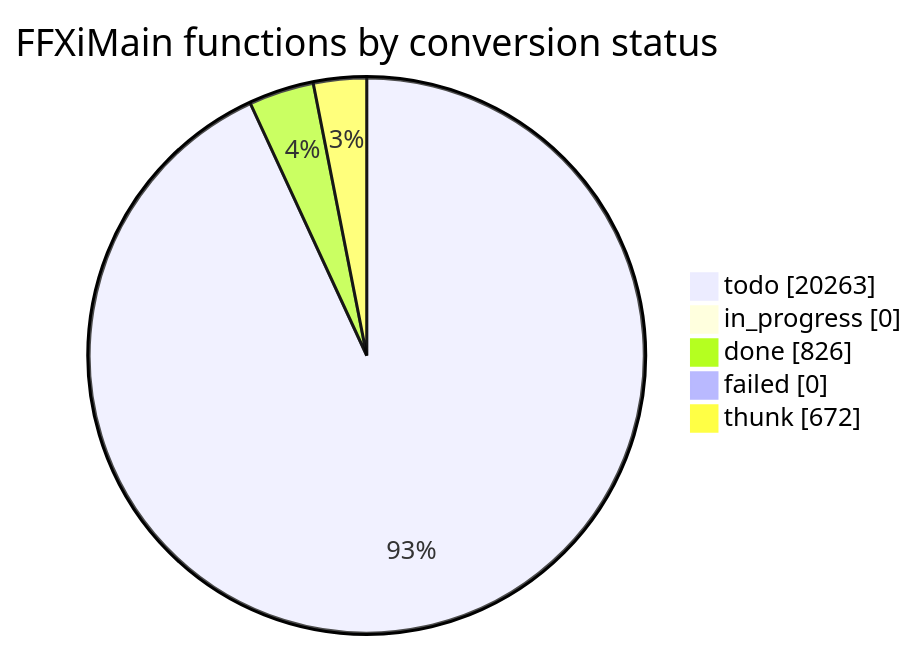
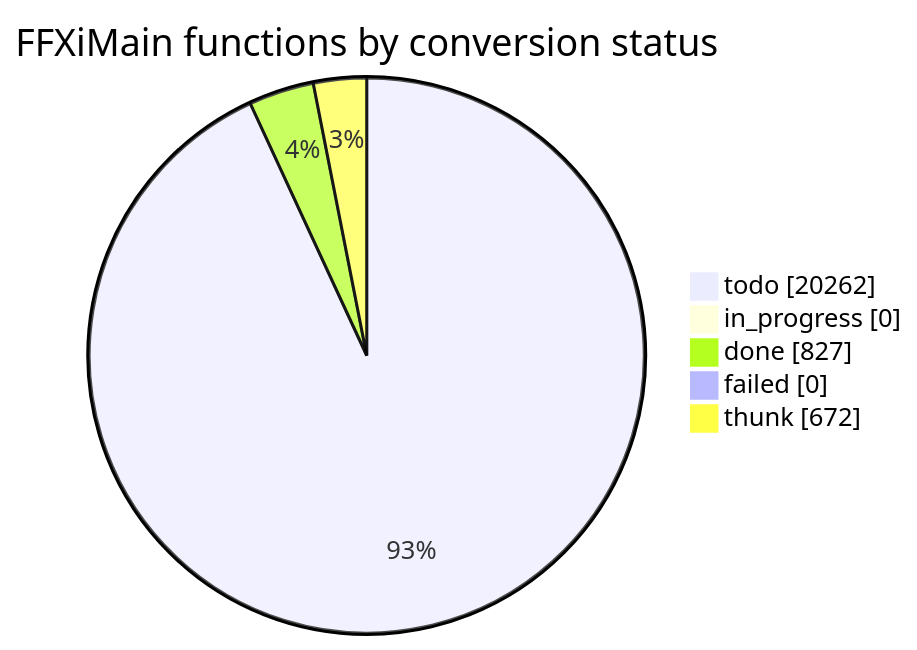
The diagram in docs/cow/STATUS.md (cowrevenge/cow_kuluu_xi_anything), drawn with Mermaid before and after one commit. The commit also changed other lines of this file and 9 other files, not shown here.

````diff
--- a/docs/cow/STATUS.md
+++ b/docs/cow/STATUS.md
@@ -18,9 +18,9 @@
 ```mermaid
 pie showData
     title FFXiMain functions by conversion status
-    "todo" : 20263
+    "todo" : 20262
     "in_progress" : 0
-    "done" : 826
+    "done" : 827
     "failed" : 0
     "thunk" : 672
 ```
````
